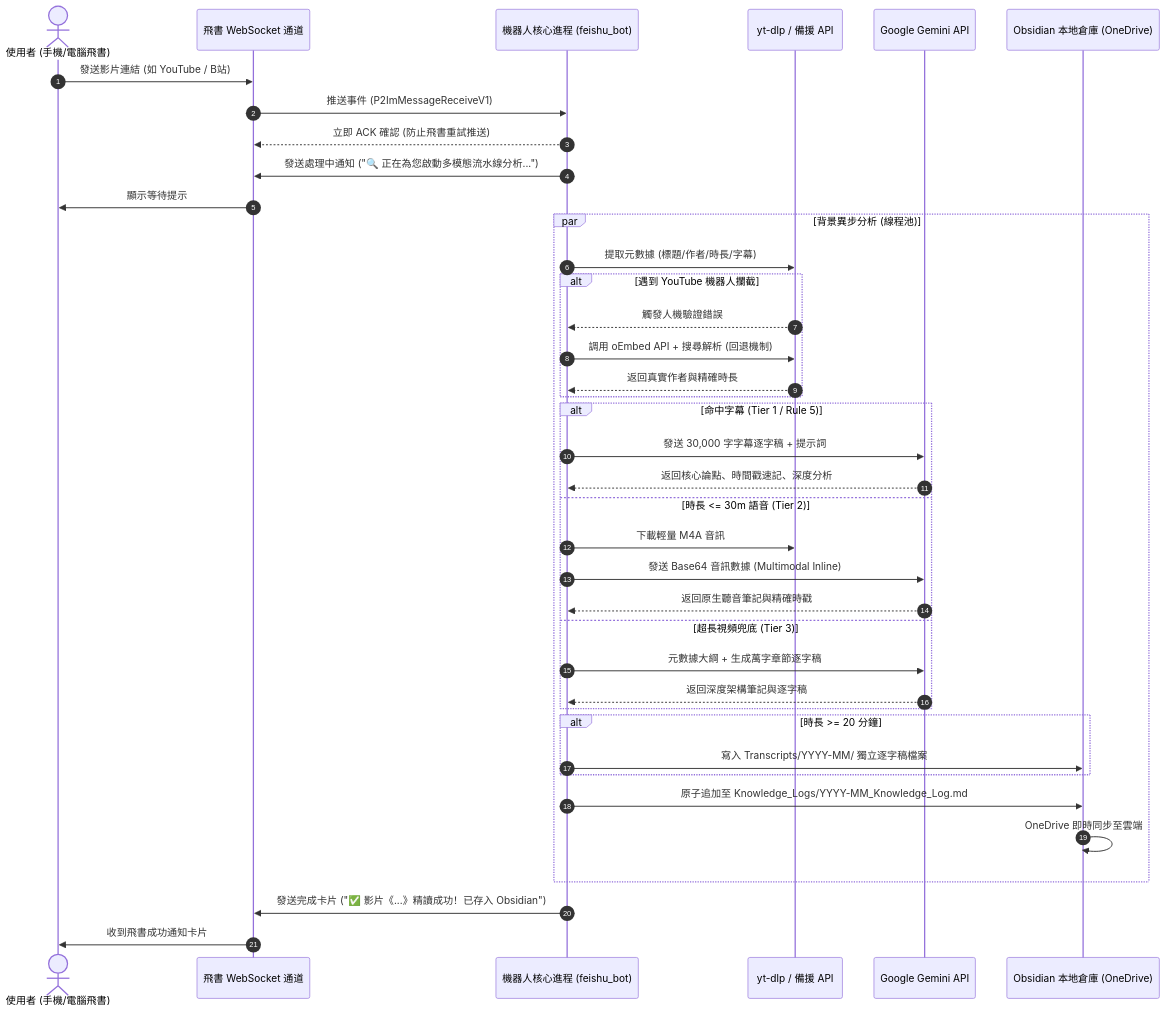
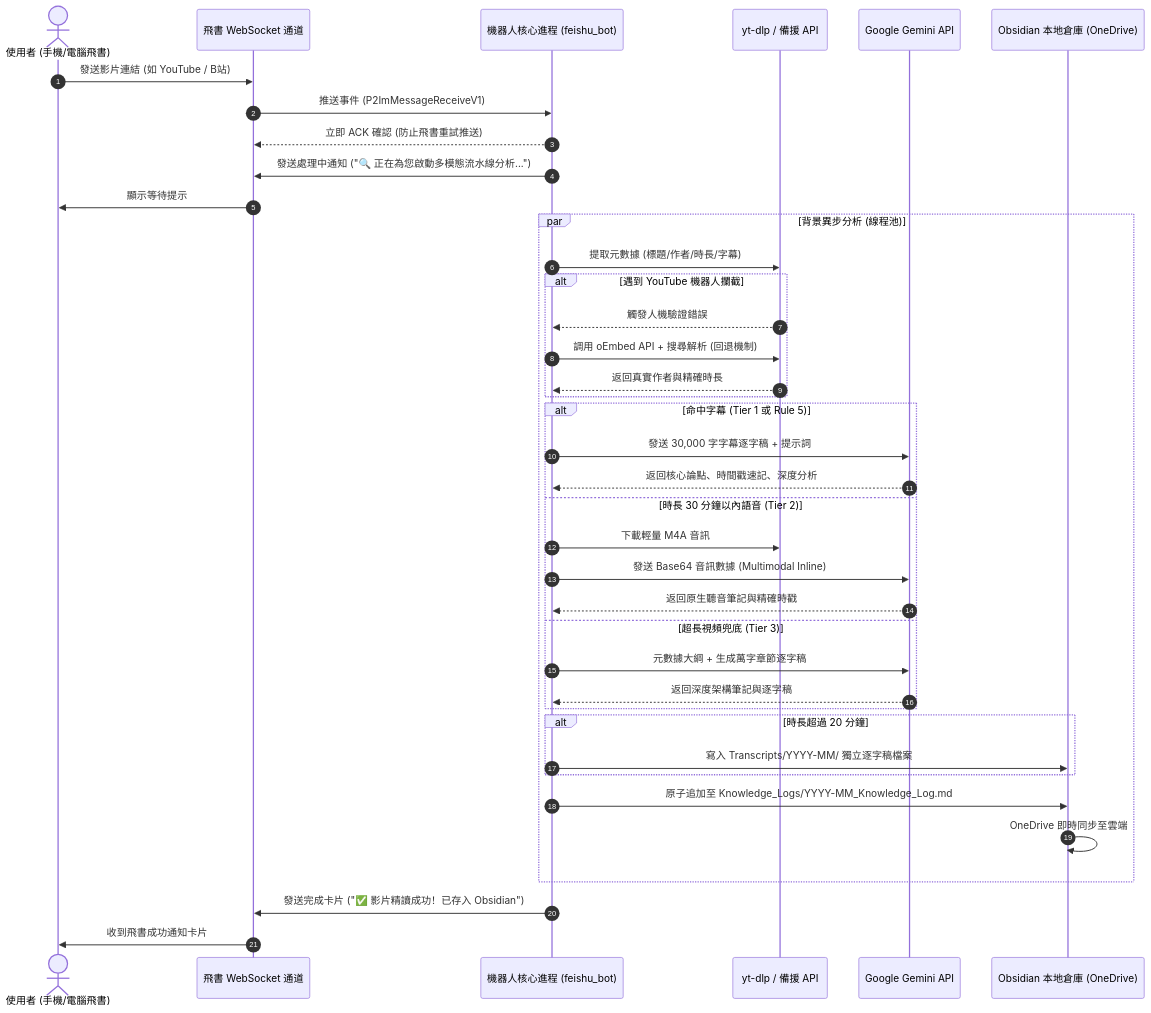
The third of 3 diagrams in README.md (asj252/Feishu-Obsidian-Pipeline), drawn with Mermaid before and after one commit. The commit also changed other lines of this file, not shown here.

Commit message:
fix(docs): resolve GitHub Mermaid diagram syntax errors and quote special characters

````diff
--- a/README.md
+++ b/README.md
@@ -154,46 +156,46 @@
 ```mermaid
 sequenceDiagram
     autonumber
     actor User as 使用者 (手機/電腦飛書)
     participant WS as 飛書 WebSocket 通道
     participant Bot as 機器人核心進程 (feishu_bot)
     participant Ext as yt-dlp / 備援 API
     participant Gemini as Google Gemini API
     participant Vault as Obsidian 本地倉庫 (OneDrive)
 
     User->>WS: 發送影片連結 (如 YouTube / B站)
     WS->>Bot: 推送事件 (P2ImMessageReceiveV1)
     Bot-->>WS: 立即 ACK 確認 (防止飛書重試推送)
     Bot->>WS: 發送處理中通知 ("🔍 正在為您啟動多模態流水線分析...")
     WS->>User: 顯示等待提示
 
     par 背景異步分析 (線程池)
         Bot->>Ext: 提取元數據 (標題/作者/時長/字幕)
         alt 遇到 YouTube 機器人攔截
             Ext-->>Bot: 觸發人機驗證錯誤
             Bot->>Ext: 調用 oEmbed API + 搜尋解析 (回退機制)
             Ext-->>Bot: 返回真實作者與精確時長
         end
 
-        alt 命中字幕 (Tier 1 / Rule 5)
+        alt 命中字幕 (Tier 1 或 Rule 5)
             Bot->>Gemini: 發送 30,000 字字幕逐字稿 + 提示詞
             Gemini-->>Bot: 返回核心論點、時間戳速記、深度分析
-        else 時長 <= 30m 語音 (Tier 2)
+        else 時長 30 分鐘以內語音 (Tier 2)
             Bot->>Ext: 下載輕量 M4A 音訊
             Bot->>Gemini: 發送 Base64 音訊數據 (Multimodal Inline)
             Gemini-->>Bot: 返回原生聽音筆記與精確時戳
         else 超長視頻兜底 (Tier 3)
             Bot->>Gemini: 元數據大綱 + 生成萬字章節逐字稿
             Gemini-->>Bot: 返回深度架構筆記與逐字稿
         end
 
-        alt 時長 >= 20 分鐘
+        alt 時長超過 20 分鐘
             Bot->>Vault: 寫入 Transcripts/YYYY-MM/ 獨立逐字稿檔案
         end
         Bot->>Vault: 原子追加至 Knowledge_Logs/YYYY-MM_Knowledge_Log.md
         Vault->>Vault: OneDrive 即時同步至雲端
     end
 
-    Bot->>WS: 發送完成卡片 ("✅ 影片《...》精讀成功！已存入 Obsidian")
+    Bot->>WS: 發送完成卡片 ("✅ 影片精讀成功！已存入 Obsidian")
     WS->>User: 收到飛書成功通知卡片
 ```
````
